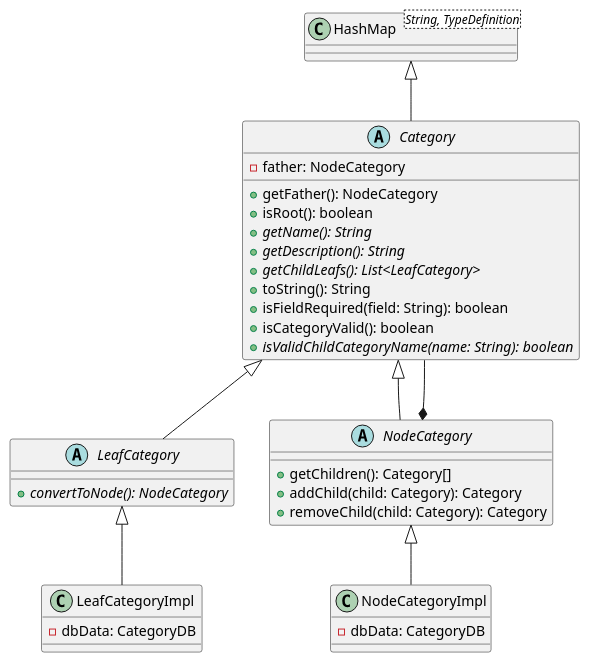
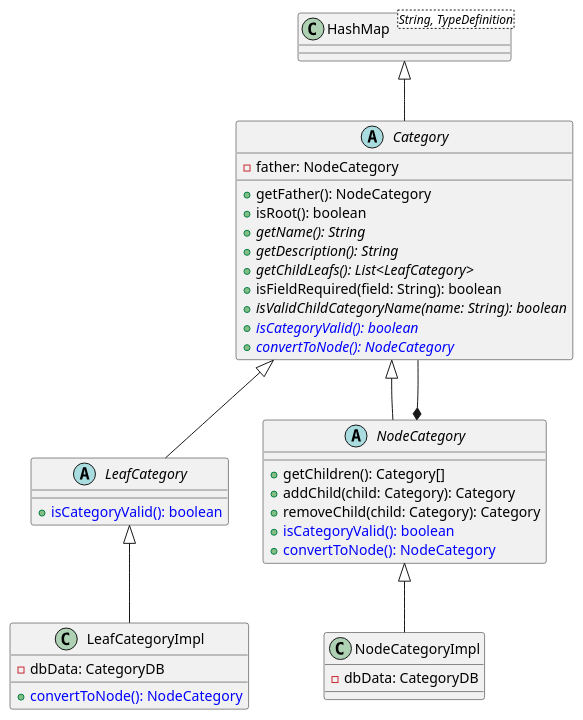
The diagram in presentazione/uml/gof.composite.post.puml (Matlice/ing_sw_2022), drawn with PlantUML before and after one commit. The commit also changed 2 other files, not shown here.

```diff
--- a/presentazione/uml/gof.composite.post.puml
+++ b/presentazione/uml/gof.composite.post.puml
@@ -1,39 +1,41 @@
 @startuml
 
 class "HashMap<String, TypeDefinition>" as hashmap {}
 
 abstract class "Category" as category extends hashmap {
     - father: NodeCategory
     + getFather(): NodeCategory
     + isRoot(): boolean
     + {abstract} getName(): String
     + {abstract} getDescription(): String
     + {abstract} getChildLeafs(): List<LeafCategory>
-    + toString(): String
     + isFieldRequired(field: String): boolean
-    + isCategoryValid(): boolean
     + {abstract} isValidChildCategoryName(name: String): boolean
+    + <color:#0000FF>{abstract} isCategoryValid(): boolean</color>
+    + <color:#0000FF>{abstract} convertToNode(): NodeCategory</color>
 }
 
 abstract class "LeafCategory" as leafcategory extends category {
-    + {abstract} convertToNode(): NodeCategory
+    + <color:#0000FF>isCategoryValid(): boolean</color>
 }
 
 abstract class "NodeCategory" as nodecategory extends category {
-    '- children: List<Category>
     + getChildren(): Category[]
     + addChild(child: Category): Category
     + removeChild(child: Category): Category
+    + <color:#0000FF>isCategoryValid(): boolean</color>
+    + <color:#0000FF>convertToNode(): NodeCategory</color>
 }
 
 nodecategory  *-- category
 
 class LeafCategoryImpl extends leafcategory {
     - dbData: CategoryDB
+    + <color:#0000FF>convertToNode(): NodeCategory</color>
 }
 
 class NodeCategoryImpl extends nodecategory {
     - dbData: CategoryDB
 }
 
 @enduml
```
